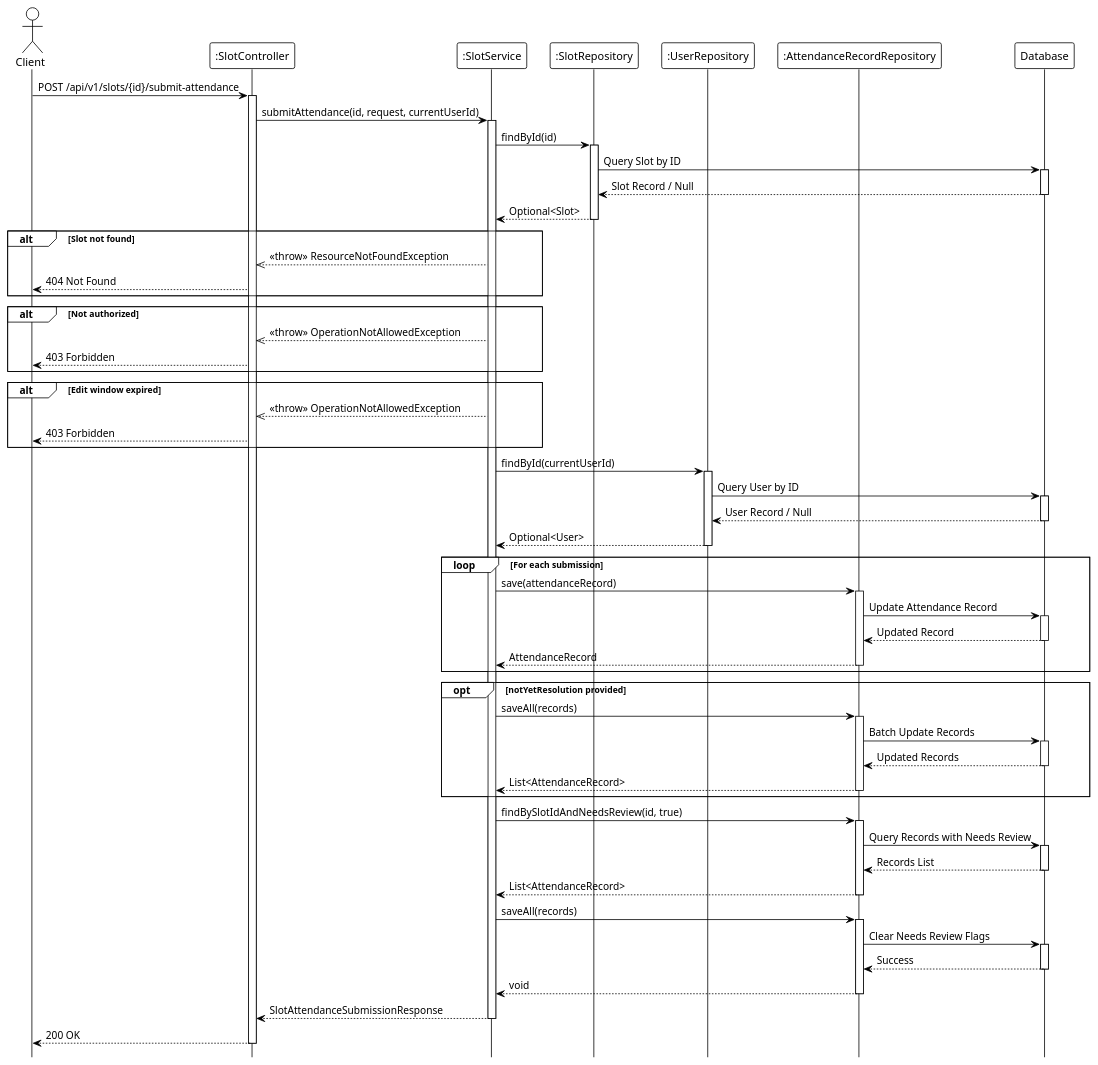
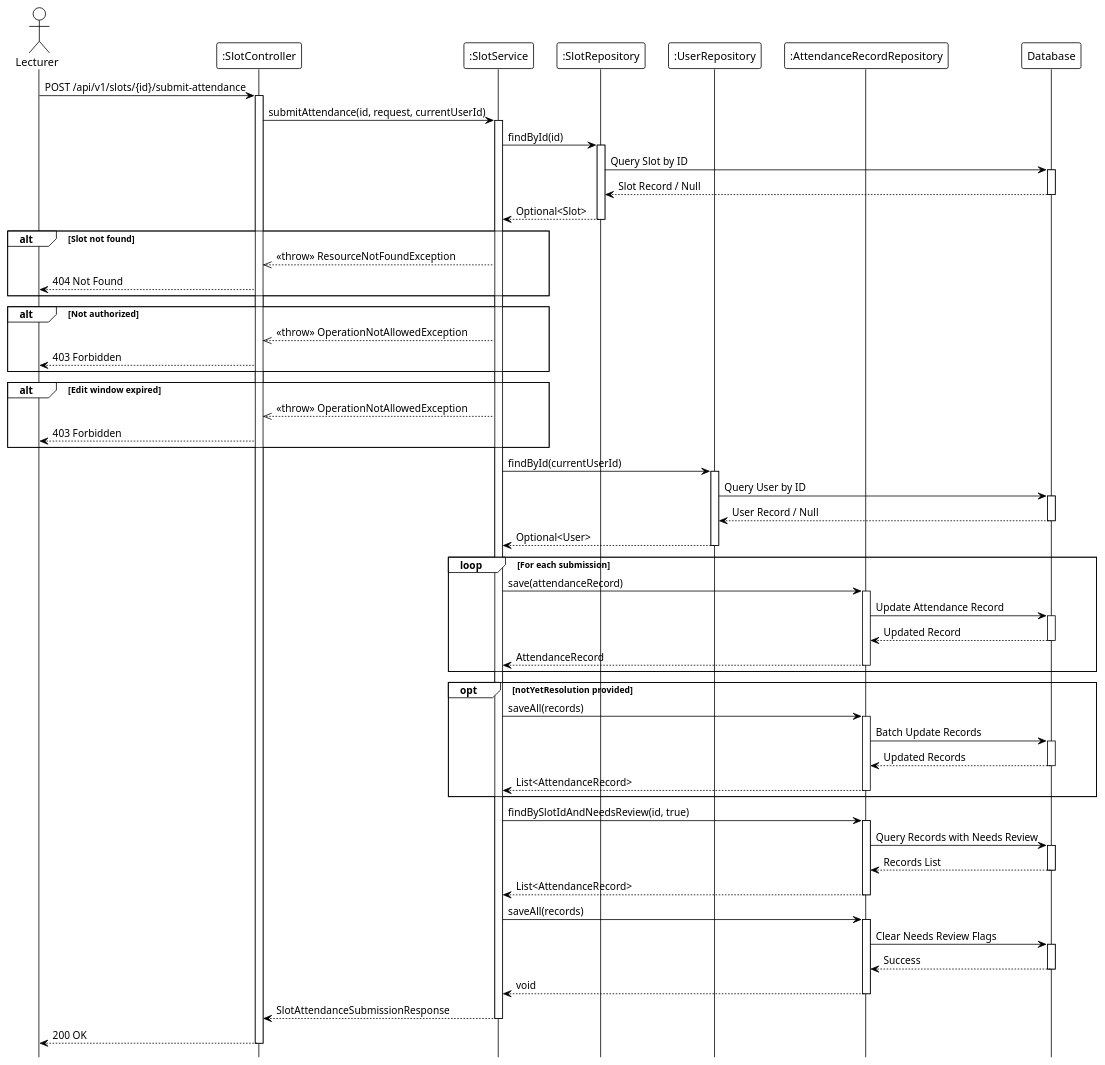
One commit to Ndh474/context changed the diagram in system_detailed_design/68_update_student_attendance_status/sequence_diagram_update_student_attendance_status.puml. Above: the diagram before and after it, drawn with PlantUML. The commit also changed 4 other files, not shown here.

First line of the commit message:
refactor(diagrams): update actor from Client to Lecturer in sequence diagrams

```diff
--- a/system_detailed_design/68_update_student_attendance_status/sequence_diagram_update_student_attendance_status.puml
+++ b/system_detailed_design/68_update_student_attendance_status/sequence_diagram_update_student_attendance_status.puml
@@ -1,123 +1,123 @@
 @startuml update_student_attendance_status
 !theme plain
 hide footbox
 
-actor Client
+actor Lecturer
 participant ":SlotController" as Controller
 participant ":SlotService" as Service
 participant ":SlotRepository" as SlotRepo
 participant ":UserRepository" as UserRepo
 participant ":AttendanceRecordRepository" as AttendanceRepo
 participant "Database" as DB
 
 ' --- MAIN FLOW ---
-Client -> Controller: POST /api/v1/slots/{id}/submit-attendance
+Lecturer -> Controller: POST /api/v1/slots/{id}/submit-attendance
 activate Controller
 
 Controller -> Service: submitAttendance(id, request, currentUserId)
 activate Service
 
 ' --- VALIDATE SLOT ---
 Service -> SlotRepo: findById(id)
 activate SlotRepo
 
 SlotRepo -> DB: Query Slot by ID
 activate DB
 DB --> SlotRepo: Slot Record / Null
 deactivate DB
 
 SlotRepo --> Service: Optional<Slot>
 deactivate SlotRepo
 
 alt Slot not found
     Service -->> Controller: <<throw>> ResourceNotFoundException
-    Controller --> Client: 404 Not Found
+    Controller --> Lecturer: 404 Not Found
 end
 
 ' --- VALIDATION LOGIC ---
 ' Validation logic (internal)
 
 alt Not authorized
     Service -->> Controller: <<throw>> OperationNotAllowedException
-    Controller --> Client: 403 Forbidden
+    Controller --> Lecturer: 403 Forbidden
 end
 
 alt Edit window expired
     Service -->> Controller: <<throw>> OperationNotAllowedException
-    Controller --> Client: 403 Forbidden
+    Controller --> Lecturer: 403 Forbidden
 end
 
 ' --- GET CURRENT USER ---
 Service -> UserRepo: findById(currentUserId)
 activate UserRepo
 
 UserRepo -> DB: Query User by ID
 activate DB
 DB --> UserRepo: User Record / Null
 deactivate DB
 
 UserRepo --> Service: Optional<User>
 deactivate UserRepo
 
 ' --- PROCESS SUBMISSIONS LOOP ---
 loop For each submission
     ' Process single submission (internal)
     
     Service -> AttendanceRepo: save(attendanceRecord)
     activate AttendanceRepo
     
     AttendanceRepo -> DB: Update Attendance Record
     activate DB
     DB --> AttendanceRepo: Updated Record
     deactivate DB
     
     AttendanceRepo --> Service: AttendanceRecord
     deactivate AttendanceRepo
 end
 
 ' --- HANDLE NOT YET RESOLUTION ---
 opt notYetResolution provided
     ' Bulk convert NOT_YET students (internal)
     
     Service -> AttendanceRepo: saveAll(records)
     activate AttendanceRepo
     
     AttendanceRepo -> DB: Batch Update Records
     activate DB
     DB --> AttendanceRepo: Updated Records
     deactivate DB
     
     AttendanceRepo --> Service: List<AttendanceRecord>
     deactivate AttendanceRepo
 end
 
 ' --- CLEAR NEEDS REVIEW FLAGS ---
 Service -> AttendanceRepo: findBySlotIdAndNeedsReview(id, true)
 activate AttendanceRepo
 
 AttendanceRepo -> DB: Query Records with Needs Review
 activate DB
 DB --> AttendanceRepo: Records List
 deactivate DB
 
 AttendanceRepo --> Service: List<AttendanceRecord>
 deactivate AttendanceRepo
 
 Service -> AttendanceRepo: saveAll(records)
 activate AttendanceRepo
 
 AttendanceRepo -> DB: Clear Needs Review Flags
 activate DB
 DB --> AttendanceRepo: Success
 deactivate DB
 
 AttendanceRepo --> Service: void
 deactivate AttendanceRepo
 
 Service --> Controller: SlotAttendanceSubmissionResponse
 deactivate Service
 
-Controller --> Client: 200 OK
+Controller --> Lecturer: 200 OK
 deactivate Controller
 
 @enduml
```
